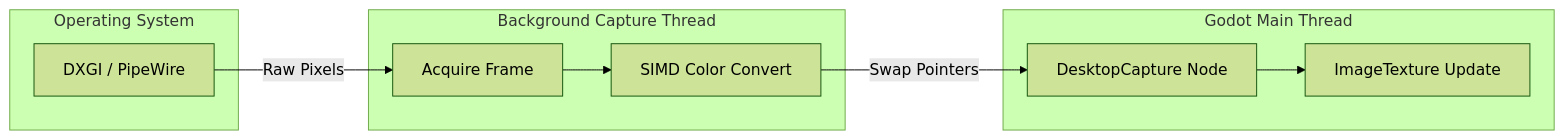
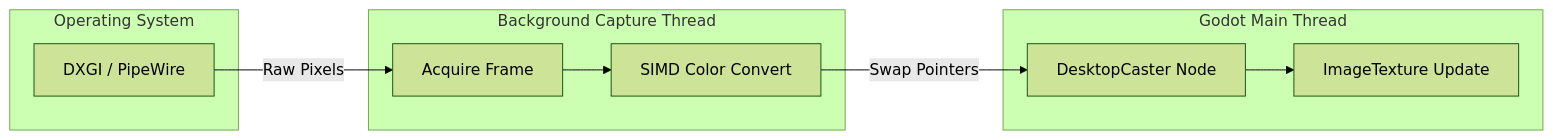
Before and after one commit to Nekitori17/gd-desktop-caster: the diagram in README.md, drawn with Mermaid (forest theme). The commit also changed other lines of this file and 1 other file, not shown here.

First line of the commit message:
✨ feat(docs): rename DesktopCapture to DesktopCaster and expand API documentation

````diff
--- a/README.md
+++ b/README.md
@@ -59,21 +63,21 @@
 ```mermaid
 graph LR
     subgraph OS[Operating System]
         API[DXGI / PipeWire]
     end
 
     subgraph Worker[Background Capture Thread]
         Fetch[Acquire Frame]
         Swizzle[SIMD Color Convert]
         Fetch --> Swizzle
     end
 
     subgraph Godot[Godot Main Thread]
-        Node[DesktopCapture Node]
+        Node[DesktopCaster Node]
         Tex[ImageTexture Update]
         Node --> Tex
     end
 
     API -->|Raw Pixels| Fetch
     Swizzle -->|Swap Pointers| Node
 ```
````
